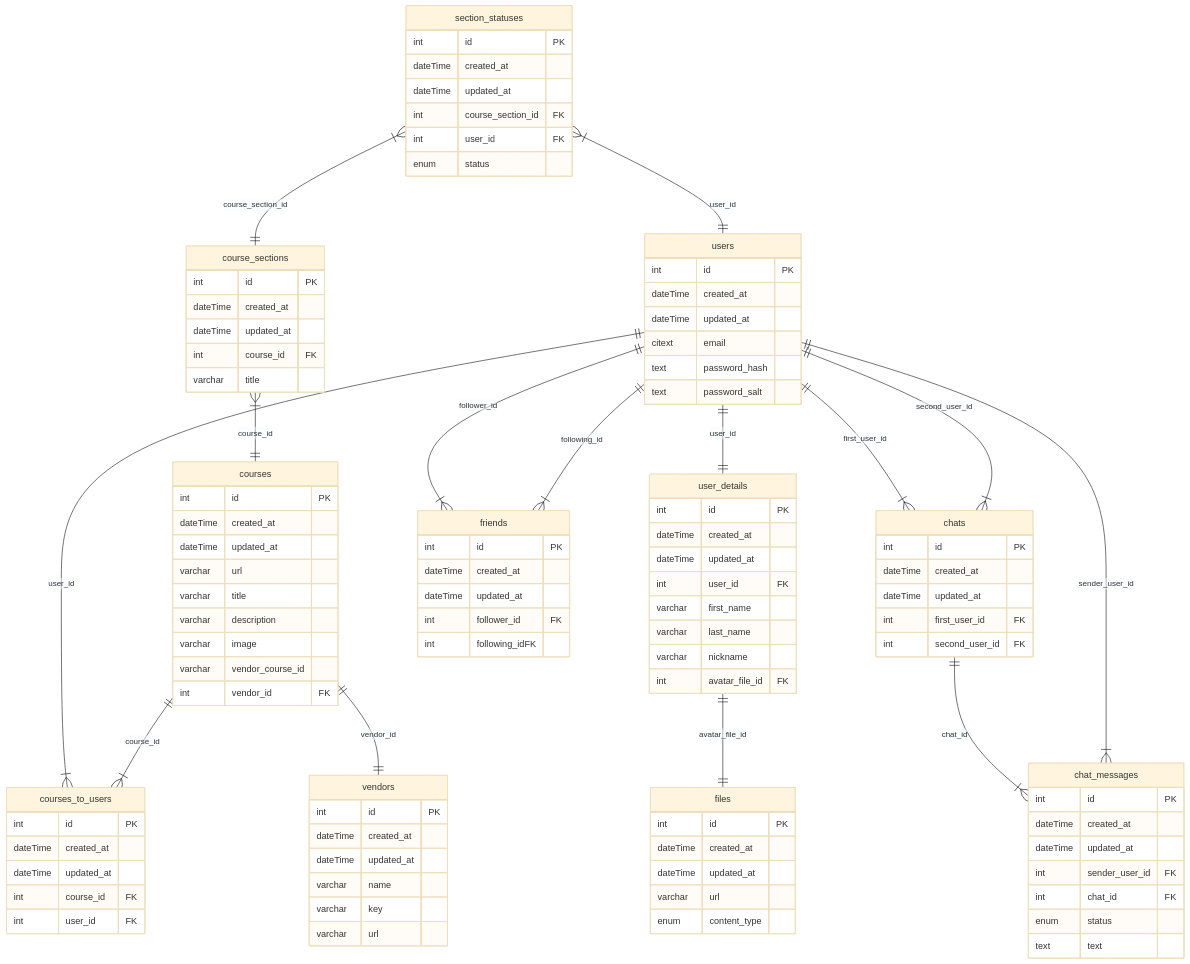
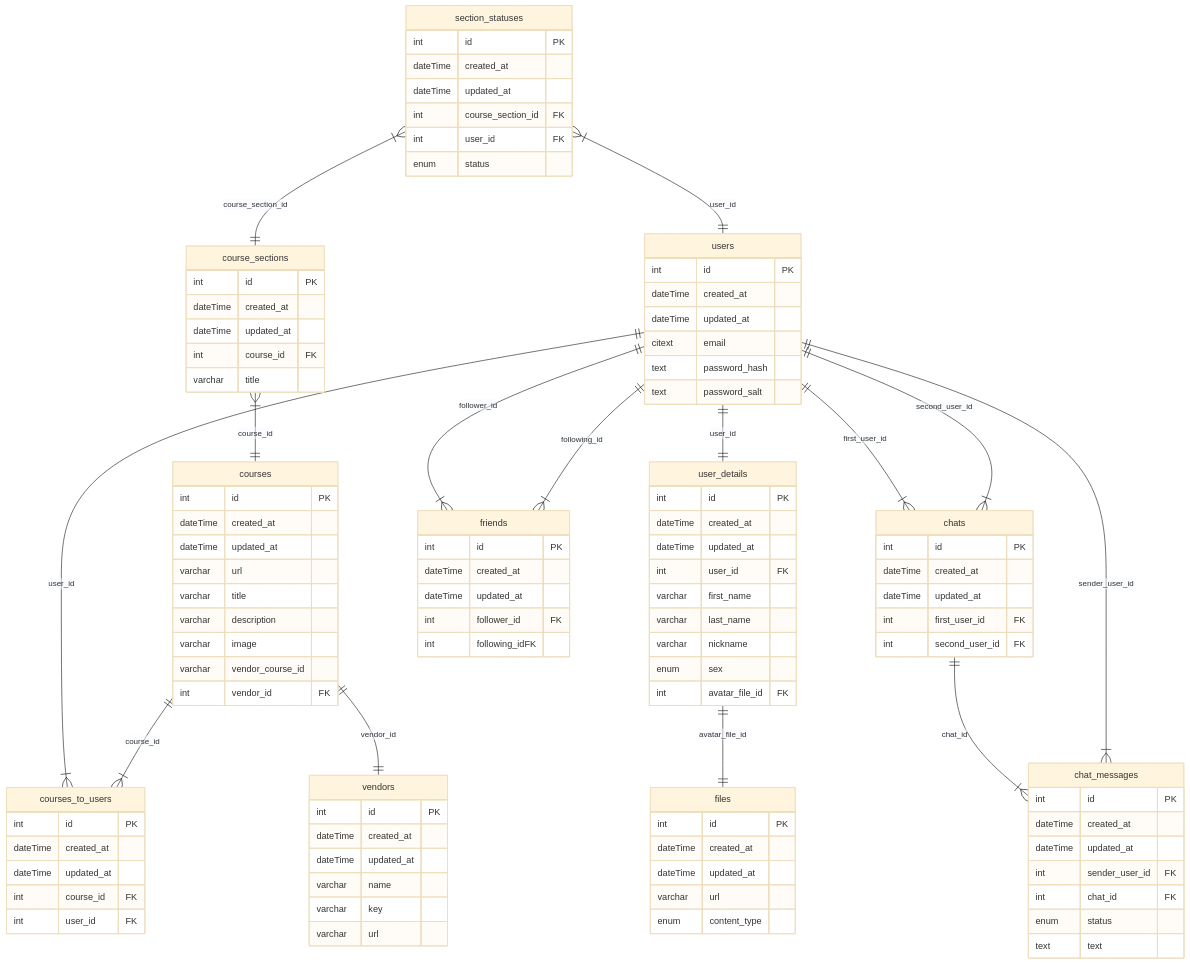
The diagram in readme.md (BinaryStudioAcademy/bsa-winter-2023-2024-trackmates), drawn with Mermaid (base theme) before and after one commit. The commit also changed 2 other files, not shown here.

Commit message:
feat(backend): add sex column to the swagger and to the readme schema tm-343

```diff
--- a/readme.md
+++ b/readme.md
@@ -43,6 +43,7 @@
     varchar first_name
     varchar last_name
     varchar nickname
+    enum sex
     int avatar_file_id FK
    }
 
```
